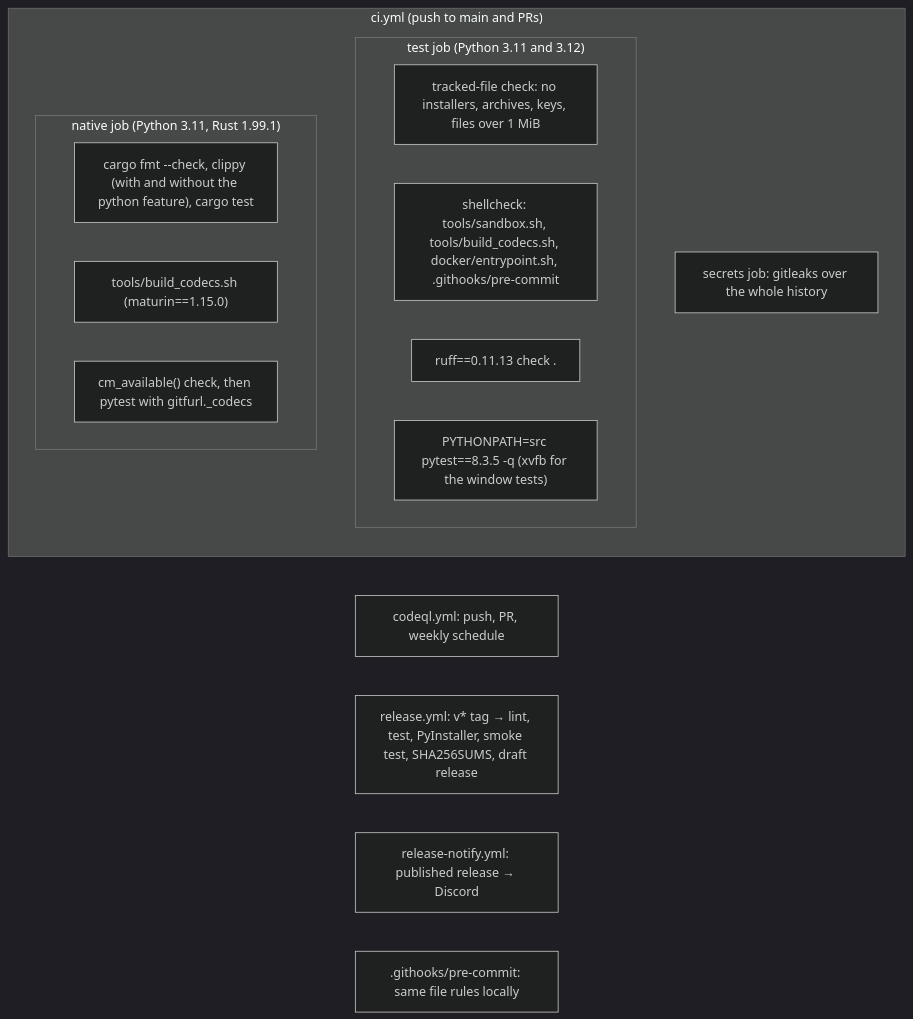
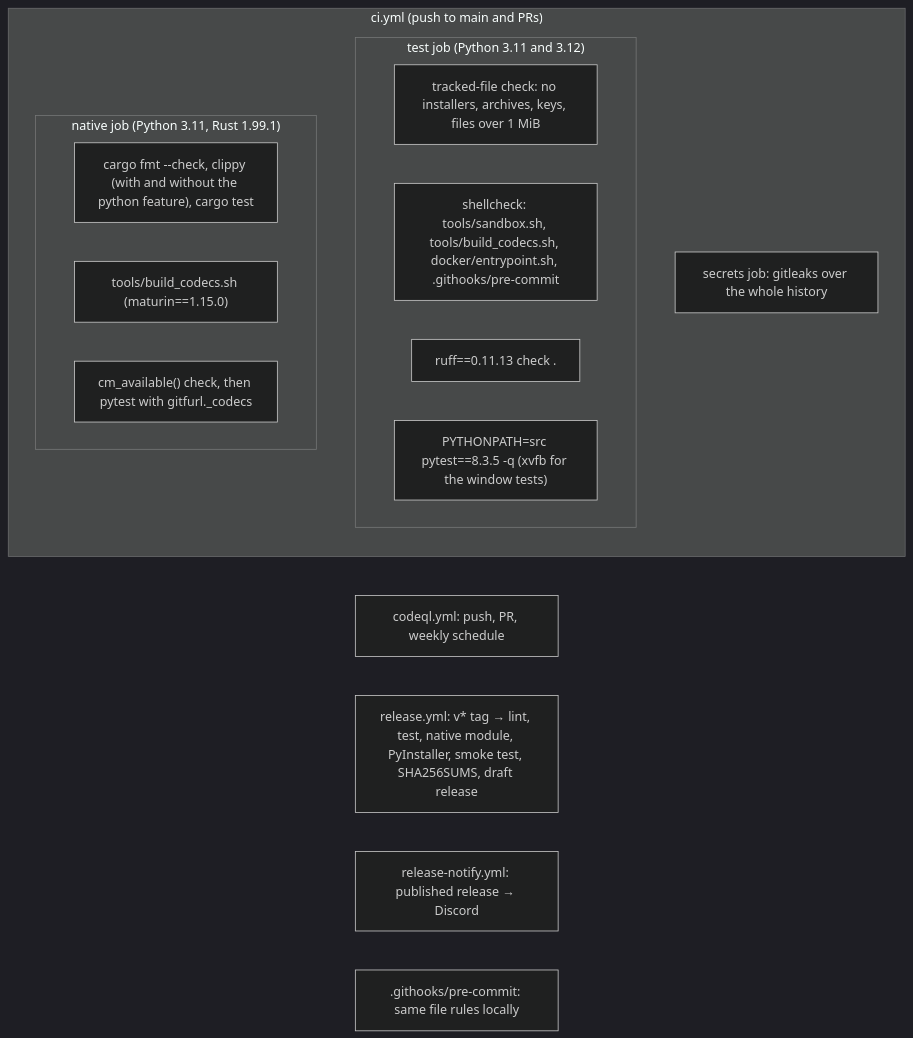
The sixth of 6 diagrams in docs/code-map.md (undecuple/gitfurl), drawn with Mermaid (dark theme) before and after one commit. The commit also changed other lines of this file and 8 other files, not shown here.

Commit message:
Release: bundle the native decoder module in the single-file program (#72)

````diff
--- a/docs/code-map.md
+++ b/docs/code-map.md
@@ -229,21 +229,21 @@
 ```mermaid
 flowchart LR
   subgraph ci["ci.yml (push to main and PRs)"]
     subgraph test["test job (Python 3.11 and 3.12)"]
       c1["tracked-file check: no installers, archives, keys, files over 1 MiB"]
       c2["shellcheck: tools/sandbox.sh, tools/build_codecs.sh, docker/entrypoint.sh, .githooks/pre-commit"]
       c3["ruff==0.11.13 check ."]
       c4["PYTHONPATH=src pytest==8.3.5 -q (xvfb for the window tests)"]
     end
     subgraph nat["native job (Python 3.11, Rust 1.99.1)"]
       n1["cargo fmt --check, clippy (with and without the python feature), cargo test"]
       n2["tools/build_codecs.sh (maturin==1.15.0)"]
       n3["cm_available() check, then pytest with gitfurl._codecs"]
     end
     c5["secrets job: gitleaks over the whole history"]
   end
   codeql["codeql.yml: push, PR, weekly schedule"]
-  rel["release.yml: v* tag → lint, test, PyInstaller, smoke test, SHA256SUMS, draft release"]
+  rel["release.yml: v* tag → lint, test, native module, PyInstaller, smoke test, SHA256SUMS, draft release"]
   notify["release-notify.yml: published release → Discord"]
   hook[".githooks/pre-commit: same file rules locally"]
 ```
````
